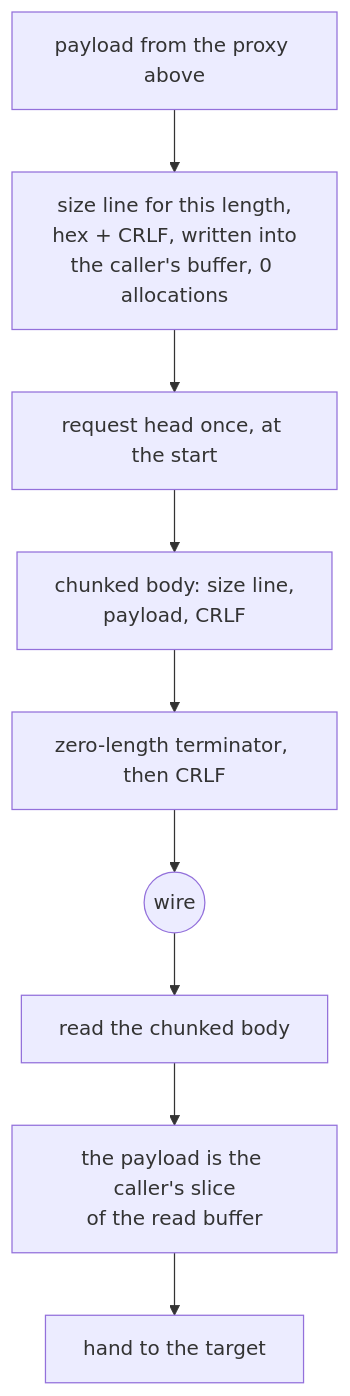
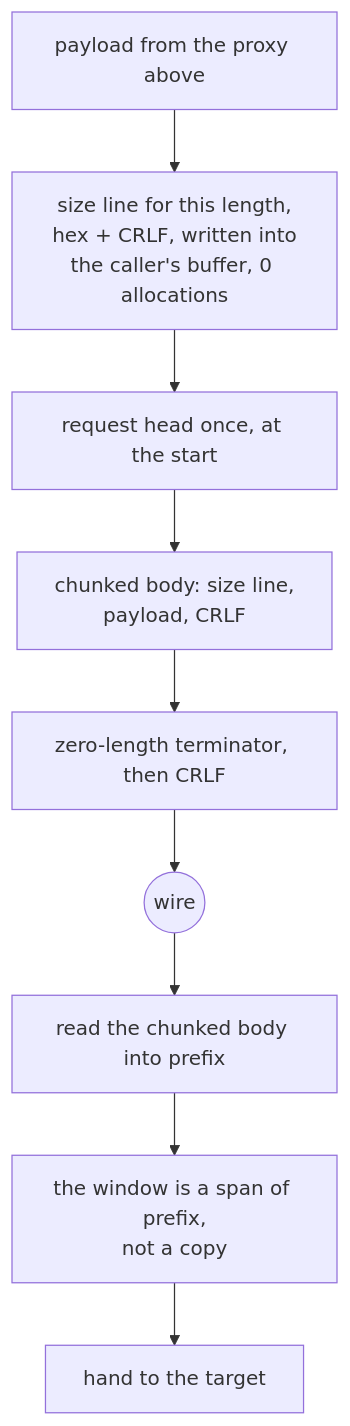
Before and after one commit to Ferrocite/ferrox: the first of 2 diagrams in docs/function/carrier-xhttp.md, drawn with Mermaid. The commit also changed other lines of this file and 4 other files, not shown here.

First line of the commit message:
xhttp: relay the downlink body window without copying

````diff
--- a/docs/function/carrier-xhttp.md
+++ b/docs/function/carrier-xhttp.md
@@ -17,11 +17,11 @@
 ```mermaid
 graph TD
     A["payload from the proxy above"] --> S["size line for this length,<br/>hex + CRLF, written into<br/>the caller's buffer, 0 allocations"]
     S --> H["request head once, at the start"]
     H --> W["chunked body: size line,<br/>payload, CRLF"]
     W --> E["zero-length terminator, then CRLF"]
     E --> X(("wire"))
-    X --> R["read the chunked body"]
-    R --> C["the payload is the caller's slice<br/>of the read buffer"]
+    X --> R["read the chunked body into prefix"]
+    R --> C["the window is a span of prefix,<br/>not a copy"]
     C --> D["hand to the target"]
 ```
````
